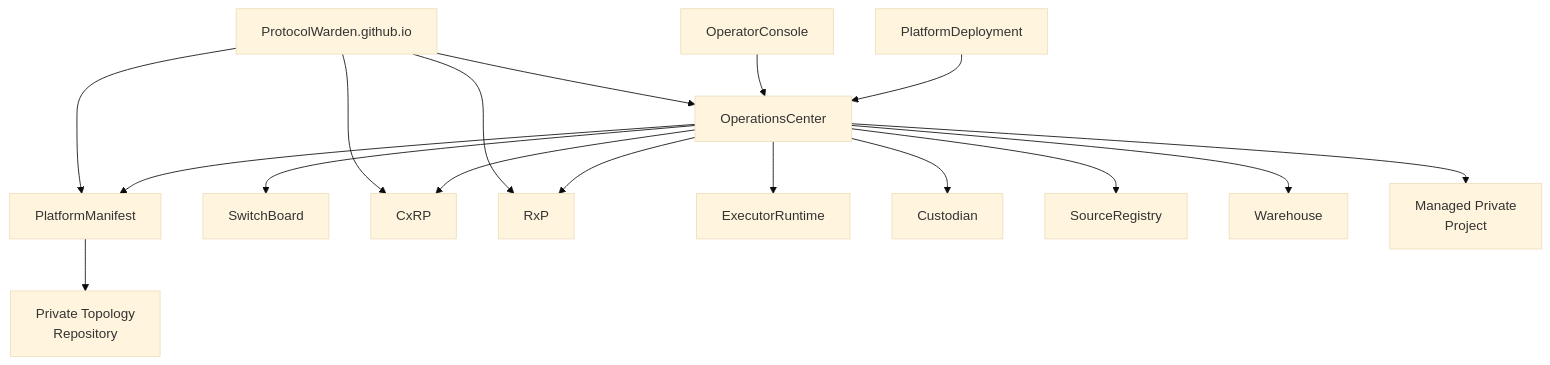
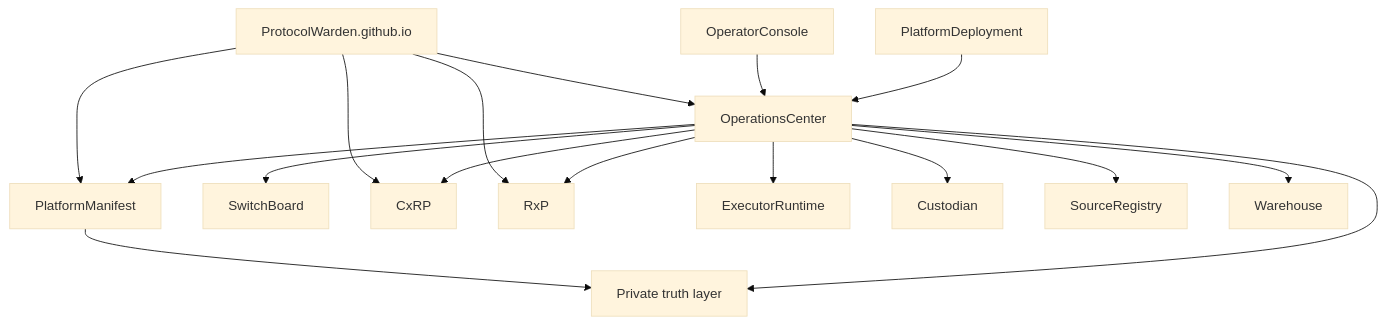
The diagram in docs/overview/ecosystem-map.md (ProtocolWarden/ProtocolWarden.github.io), drawn with Mermaid (base theme) before and after one commit. The commit also changed 26 other files, not shown here.

````diff
--- a/docs/overview/ecosystem-map.md
+++ b/docs/overview/ecosystem-map.md
@@ -3,34 +3,33 @@
 ```mermaid
 graph TD
     DOCS[ProtocolWarden.github.io]
     PM[PlatformManifest]
-    PRM[Private Topology\nRepository]
+    PT[Private truth layer]
     OC[OperatorConsole]
     OPS[OperationsCenter]
     SB[SwitchBoard]
     CX[CxRP]
     RX[RxP]
     ER[ExecutorRuntime]
     CU[Custodian]
     WS[PlatformDeployment]
     SR[SourceRegistry]
     WH[Warehouse]
-    MP[Managed Private\nProject]
 
     DOCS --> PM
     DOCS --> CX
     DOCS --> RX
     DOCS --> OPS
-    PM --> PRM
+    PM --> PT
     OC --> OPS
     OPS --> SB
     OPS --> ER
     OPS --> CU
-    OPS --> MP
+    OPS --> PT
     OPS --> SR
     OPS --> WH
     OPS --> PM
     OPS --> CX
     OPS --> RX
     WS --> OPS
 ```
````
